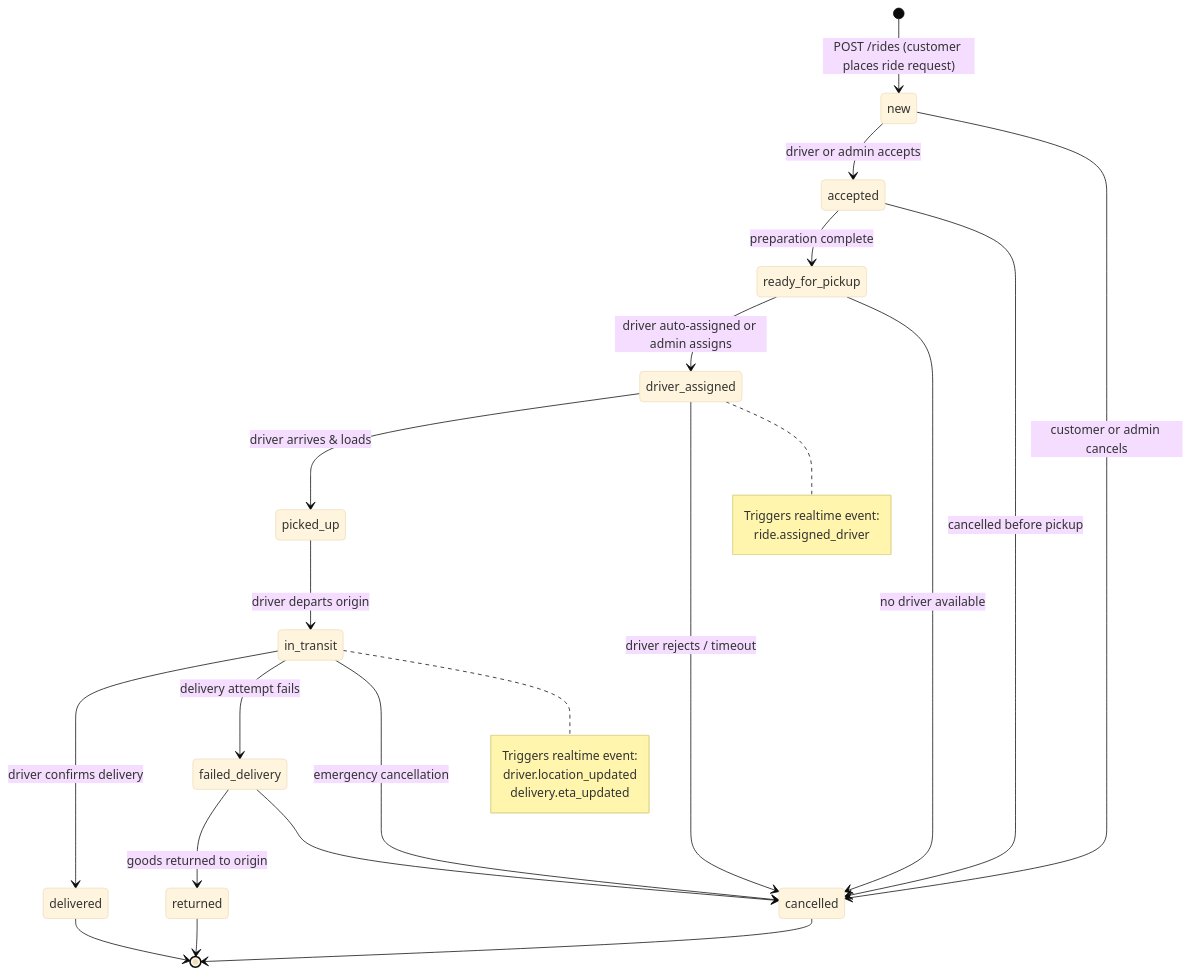
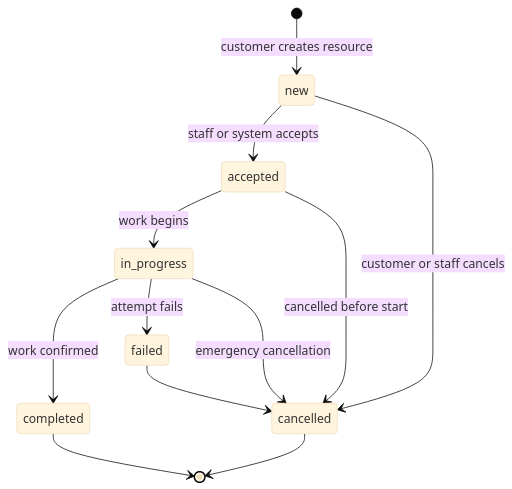
Before and after one commit to tzniceguy/elysia-better-auth-starter: the third of 5 diagrams in apps/api/api-spec.md, drawn with Mermaid (base theme). The commit also changed other lines of this file, not shown here.

````diff
--- a/apps/api/api-spec.md
+++ b/apps/api/api-spec.md
@@ -429,40 +408,14 @@
 ```mermaid
 stateDiagram-v2
-    [*] --> new : POST /rides (customer places ride request)
-
-    new --> accepted       : driver or admin accepts
-    new --> cancelled      : customer or admin cancels
-
-    accepted --> ready_for_pickup  : preparation complete
-    accepted --> cancelled         : cancelled before pickup
-
-    ready_for_pickup --> driver_assigned : driver auto-assigned or admin assigns
-    ready_for_pickup --> cancelled       : no driver available
-
-    driver_assigned --> picked_up : driver arrives & loads
-    driver_assigned --> cancelled : driver rejects / timeout
-
-    picked_up --> in_transit : driver departs origin
-
-    in_transit --> delivered       : driver confirms delivery
-    in_transit --> failed_delivery : delivery attempt fails
-    in_transit --> cancelled       : emergency cancellation
-
-    failed_delivery --> returned : goods returned to origin
-    failed_delivery --> cancelled
-
-    delivered --> [*]
-    returned  --> [*]
+    [*] --> new : customer creates resource
+    new --> accepted : staff or system accepts
+    new --> cancelled : customer or staff cancels
+    accepted --> in_progress : work begins
+    accepted --> cancelled : cancelled before start
+    in_progress --> completed : work confirmed
+    in_progress --> failed : attempt fails
+    in_progress --> cancelled : emergency cancellation
+    failed --> cancelled
+    completed --> [*]
     cancelled --> [*]
-
-    note right of driver_assigned
-        Triggers realtime event:
-        ride.assigned_driver
-    end note
-
-    note right of in_transit
-        Triggers realtime event:
-        driver.location_updated
-        delivery.eta_updated
-    end note
 ```
````
